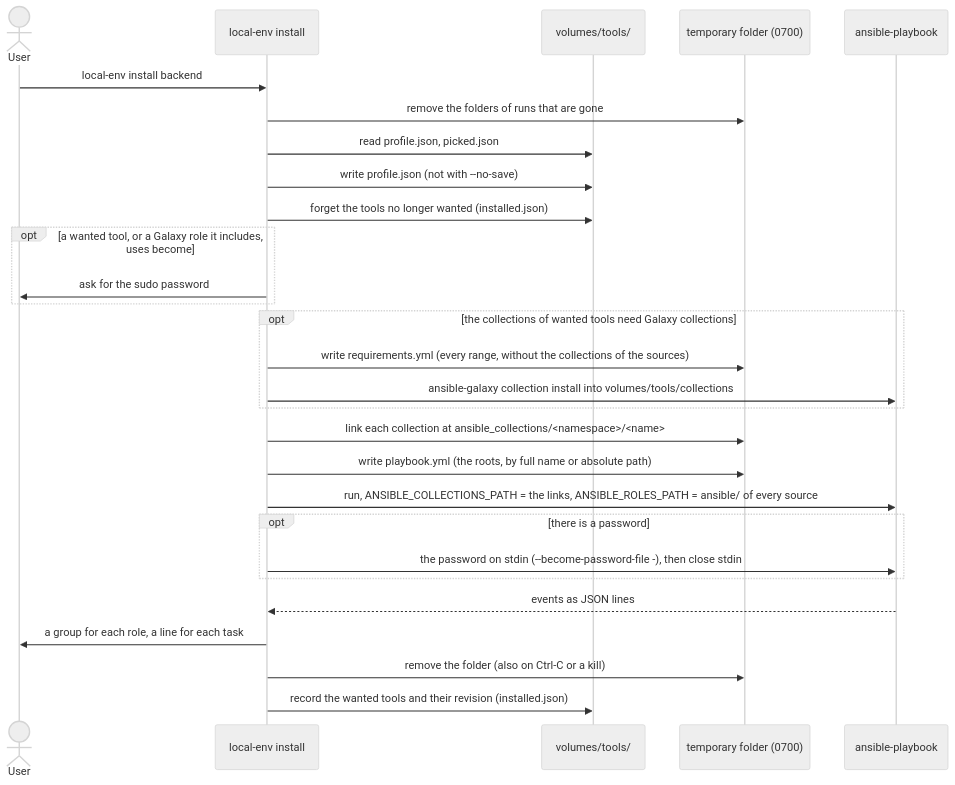
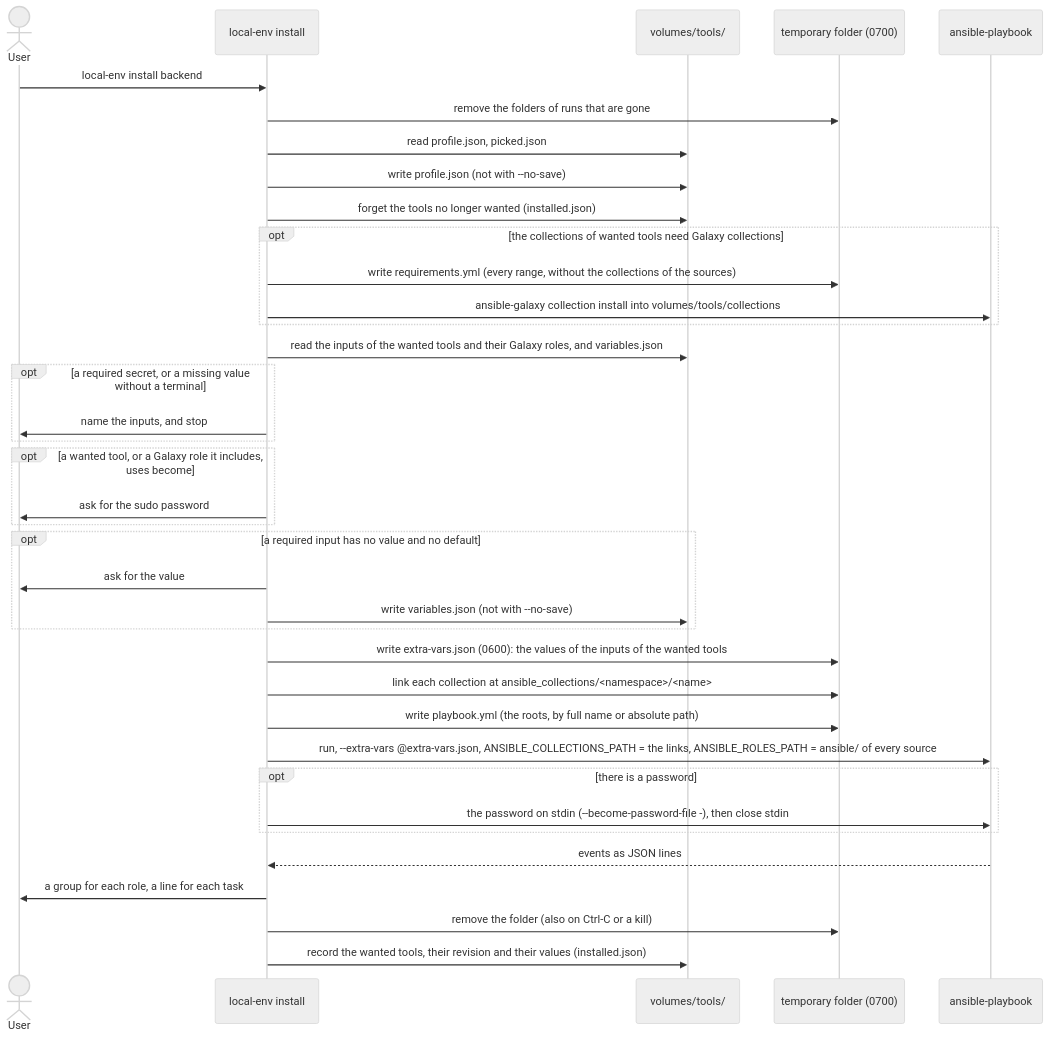
Before and after one commit to cgaube/local-env: the third of 5 diagrams in docs/features/tools-and-profiles.md, drawn with Mermaid (neutral theme). The commit also changed other lines of this file and 51 other files, not shown here.

First line of the commit message:
add variables for tool roles (#35)

````diff
--- a/docs/features/tools-and-profiles.md
+++ b/docs/features/tools-and-profiles.md
@@ -154,31 +199,40 @@
 ```mermaid
 sequenceDiagram
   actor user as User
   participant cli as local-env install
   participant files as volumes/tools/
   participant tmp as temporary folder (0700)
   participant ansible as ansible-playbook
 
   user->>cli: local-env install backend
   cli->>tmp: remove the folders of runs that are gone
   cli->>files: read profile.json, picked.json
   cli->>files: write profile.json (not with --no-save)
   cli->>files: forget the tools no longer wanted (installed.json)
-  opt a wanted tool, or a Galaxy role it includes, uses become
-    cli->>user: ask for the sudo password
-  end
   opt the collections of wanted tools need Galaxy collections
     cli->>tmp: write requirements.yml (every range, without the collections of the sources)
     cli->>ansible: ansible-galaxy collection install into volumes/tools/collections
   end
+  cli->>files: read the inputs of the wanted tools and their Galaxy roles, and variables.json
+  opt a required secret, or a missing value without a terminal
+    cli->>user: name the inputs, and stop
+  end
+  opt a wanted tool, or a Galaxy role it includes, uses become
+    cli->>user: ask for the sudo password
+  end
+  opt a required input has no value and no default
+    cli->>user: ask for the value
+    cli->>files: write variables.json (not with --no-save)
+  end
+  cli->>tmp: write extra-vars.json (0600): the values of the inputs of the wanted tools
   cli->>tmp: link each collection at ansible_collections/#lt;namespace#gt;/#lt;name#gt;
   cli->>tmp: write playbook.yml (the roots, by full name or absolute path)
-  cli->>ansible: run, ANSIBLE_COLLECTIONS_PATH = the links, ANSIBLE_ROLES_PATH = ansible/ of every source
+  cli->>ansible: run, --extra-vars @extra-vars.json, ANSIBLE_COLLECTIONS_PATH = the links, ANSIBLE_ROLES_PATH = ansible/ of every source
   opt there is a password
     cli->>ansible: the password on stdin (--become-password-file -), then close stdin
   end
   ansible-->>cli: events as JSON lines
   cli->>user: a group for each role, a line for each task
   cli->>tmp: remove the folder (also on Ctrl-C or a kill)
-  cli->>files: record the wanted tools and their revision (installed.json)
+  cli->>files: record the wanted tools, their revision and their values (installed.json)
 ```
````
